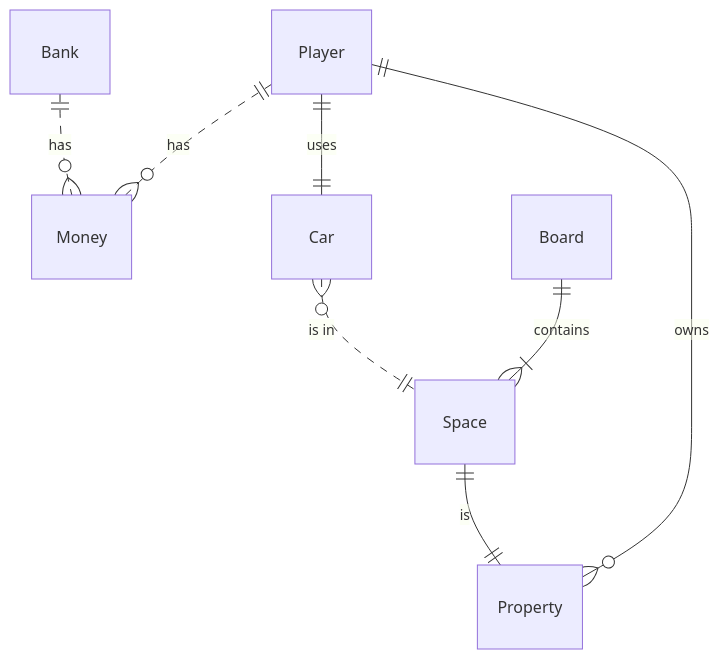
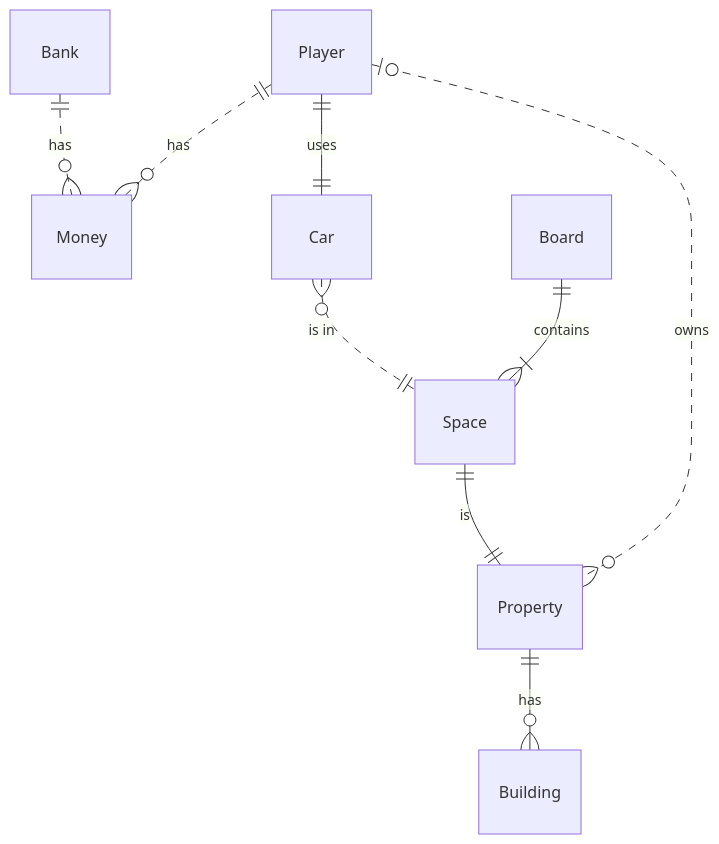
Before and after one commit to duduardo45/INF1636-POO-Banco-Imobiliario: the second of 10 diagrams in README.md, drawn with Mermaid. The commit also changed other lines of this file, not shown here.

Commit message:
faz diagramas de ocorrencias necessarias para 1a iteracao

````diff
--- a/README.md
+++ b/README.md
@@ -38,10 +46,11 @@
 ```mermaid
 erDiagram
     Player ||..o{ Money : has
     Player ||--|| Car : uses
     Bank ||..o{ Money : has
     Board ||--|{ Space : contains
     Car }o..|| Space : "is in"
     Space ||--|| Property : is
-    Player ||--o{ Property : owns
+    Player |o..o{ Property : owns
+    Property ||--o{ Building : has
 ```
````
